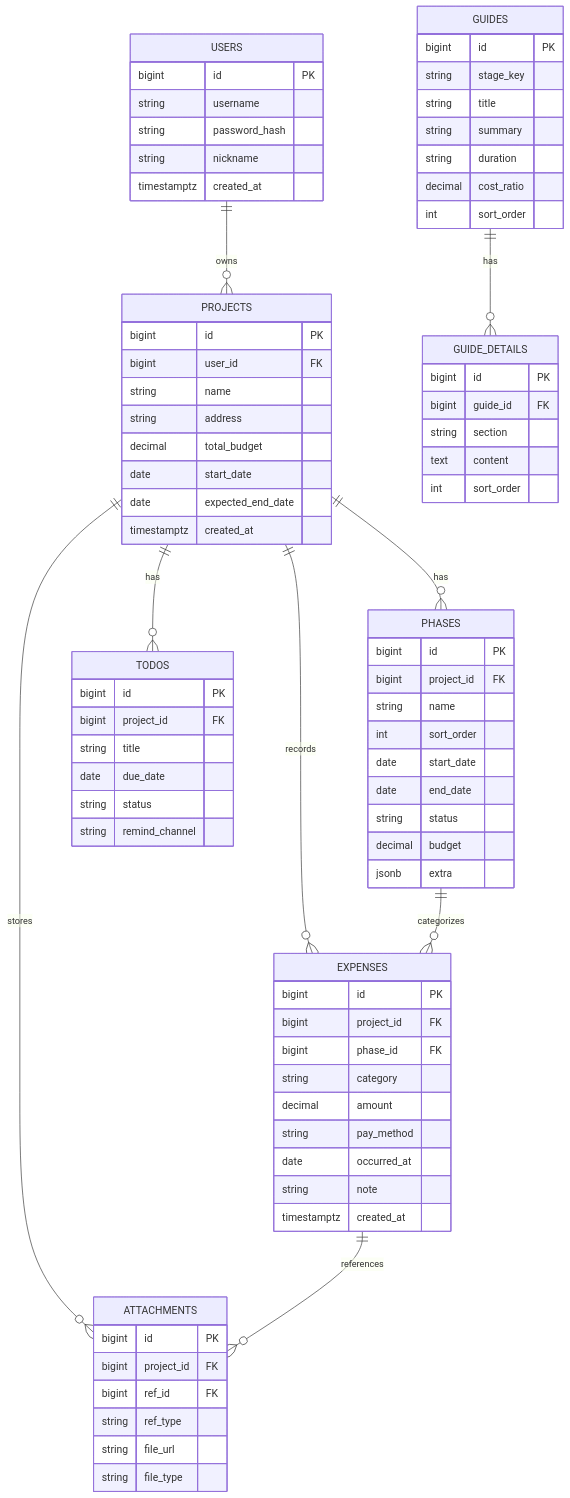
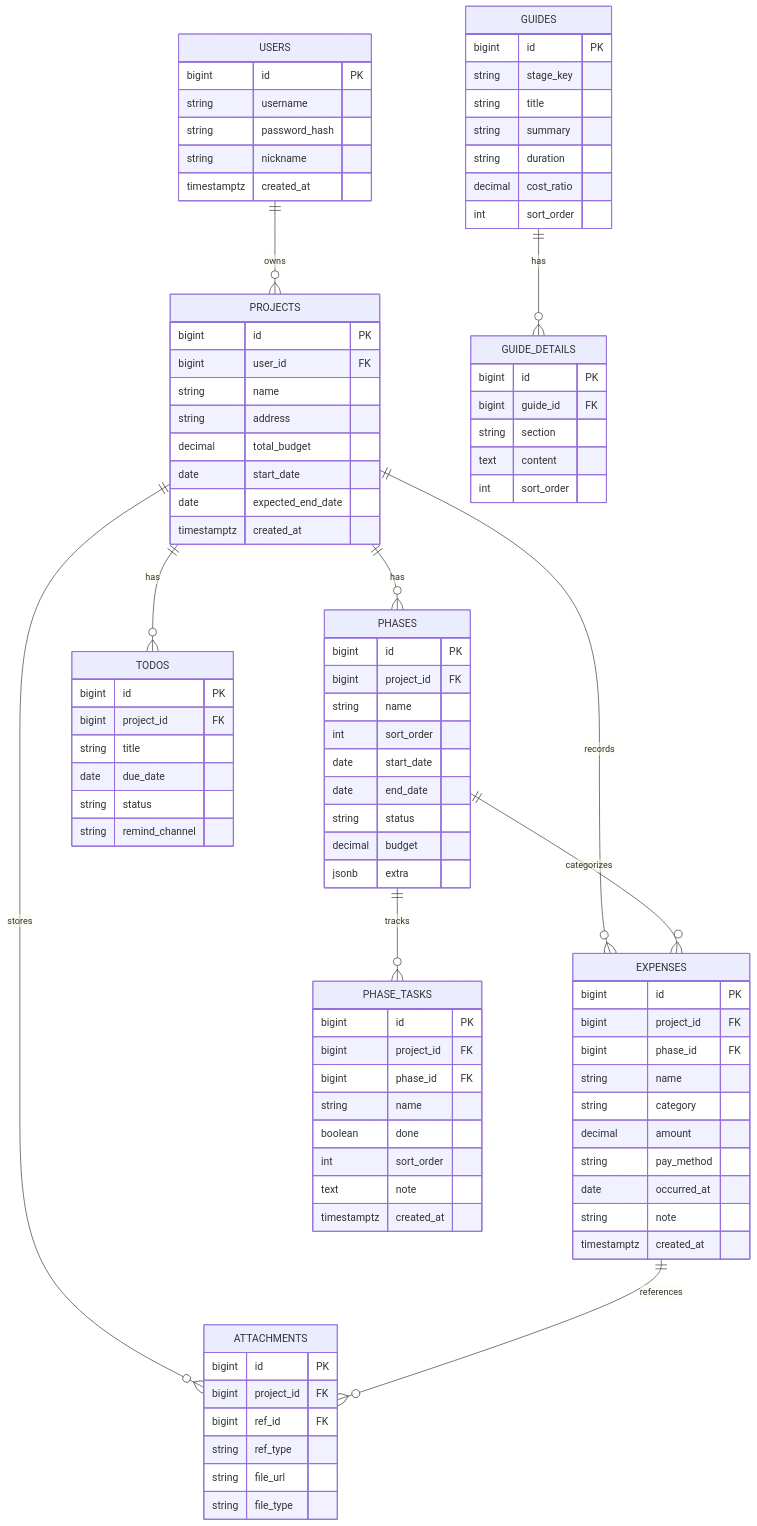
Before and after one commit to YunyuVv/zhuangxiu: the second of 2 diagrams in docs/需求相关/技术设计文档.md, drawn with Mermaid. The commit also changed other lines of this file and 39 other files, not shown here.

```diff
--- a/docs/需求相关/技术设计文档.md
+++ b/docs/需求相关/技术设计文档.md
@@ -105,6 +105,7 @@
   PROJECTS ||--o{ TODOS : has
   PROJECTS ||--o{ ATTACHMENTS : stores
   PHASES ||--o{ EXPENSES : categorizes
+  PHASES ||--o{ PHASE_TASKS : tracks
   EXPENSES ||--o{ ATTACHMENTS : references
   GUIDES ||--o{ GUIDE_DETAILS : has
 
@@ -140,11 +141,22 @@
     bigint id PK
     bigint project_id FK
     bigint phase_id FK
+    string name
     string category
     decimal amount
     string pay_method
     date occurred_at
     string note
+    timestamptz created_at
+  }
+  PHASE_TASKS {
+    bigint id PK
+    bigint project_id FK
+    bigint phase_id FK
+    string name
+    boolean done
+    int sort_order
+    text note
     timestamptz created_at
   }
   ATTACHMENTS {
```
